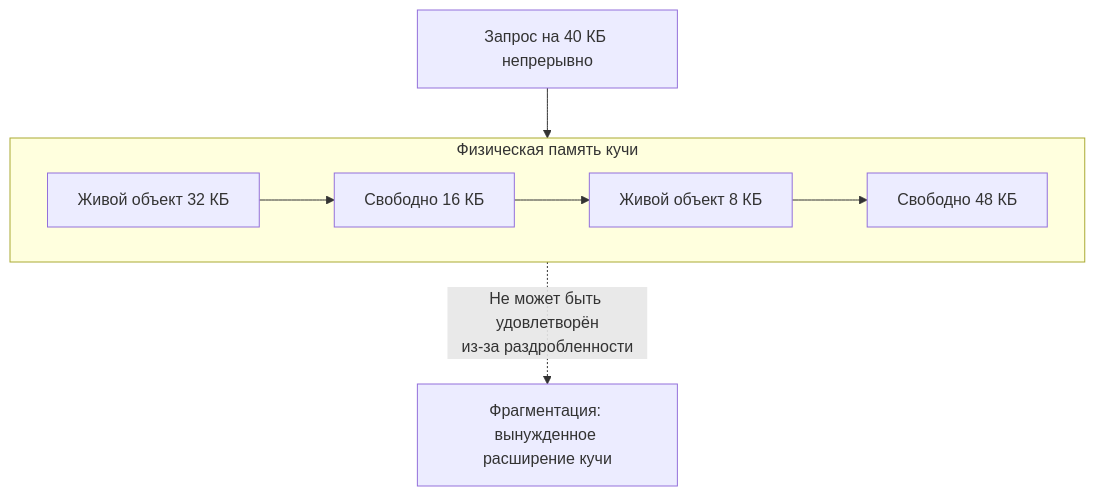
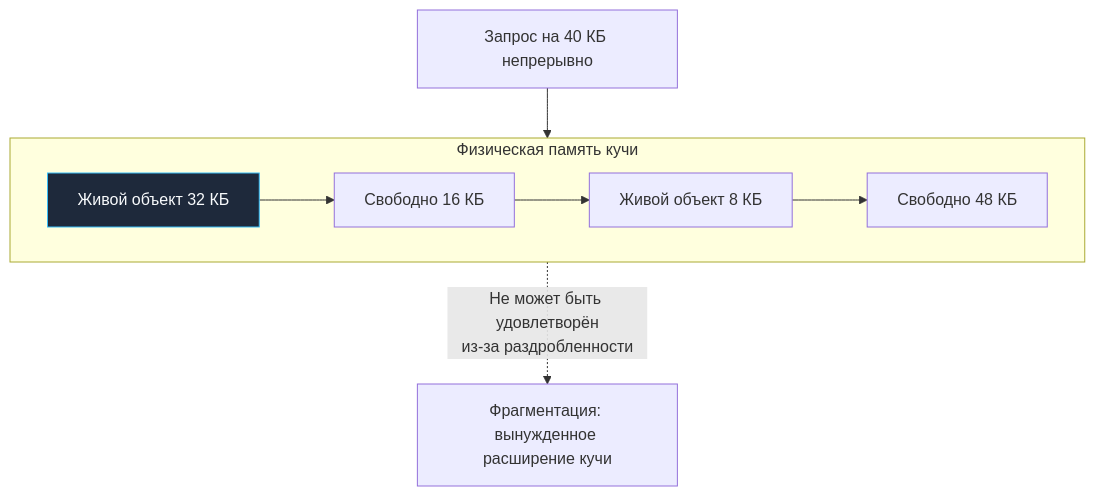
Before and after one commit to UnrealTemplier/go-textbook: the second of 2 diagrams in sources/16. Профилирование, отладка и производительность/04. Memory profiling/7. Fragmentation.md, drawn with Mermaid. The commit also changed other lines of this file and 1666 other files, not shown here.

First line of the commit message:
feat(mermaid): add semantic color classDef to 1369 colorless flowchart/graph diagrams

````diff
--- a/sources/16. Профилирование, отладка и производительность/04. Memory profiling/7. Fragmentation.md
+++ b/sources/16. Профилирование, отладка и производительность/04. Memory profiling/7. Fragmentation.md
@@ -74,10 +84,20 @@
 ```mermaid
 flowchart TD
+    classDef process  fill:#1e293b,stroke:#38bdf8,stroke-width:1px,color:#f8fafc
+    classDef success  fill:#064e3b,stroke:#34d399,stroke-width:1px,color:#f8fafc
+    classDef error    fill:#7f1d1d,stroke:#f87171,stroke-width:1px,color:#f8fafc
+    classDef warning  fill:#78350f,stroke:#fbbf24,stroke-width:1px,color:#f8fafc
+    classDef entry    fill:#1e3a5f,stroke:#38bdf8,stroke-width:2px,color:#f8fafc
+    classDef aux      fill:#334155,stroke:#64748b,stroke-width:1px,color:#f8fafc
+    classDef system   fill:#312e81,stroke:#a78bfa,stroke-width:1px,color:#f8fafc
+    classDef data     fill:#132d29,stroke:#2dd4bf,stroke-width:1px,color:#f8fafc
+    classDef network  fill:#881337,stroke:#fb7185,stroke-width:1px,color:#f8fafc
+    classDef accent   fill:#1e1b4b,stroke:#818cf8,stroke-width:1px,color:#f8fafc
     subgraph Memory["Физическая память кучи"]
-        A["Живой объект 32 КБ"] --> Free1["Свободно 16 КБ"]
+        A["Живой объект 32 КБ"]:::process --> Free1["Свободно 16 КБ"]
         Free1 --> B["Живой объект 8 КБ"]
         B --> Free2["Свободно 48 КБ"]
     end
     Request["Запрос на 40 КБ непрерывно"] --> Memory
     Memory -.->|"Не может быть удовлетворён<br>из-за раздробленности"| Fail["Фрагментация: вынужденное расширение кучи"]
 ```
````
